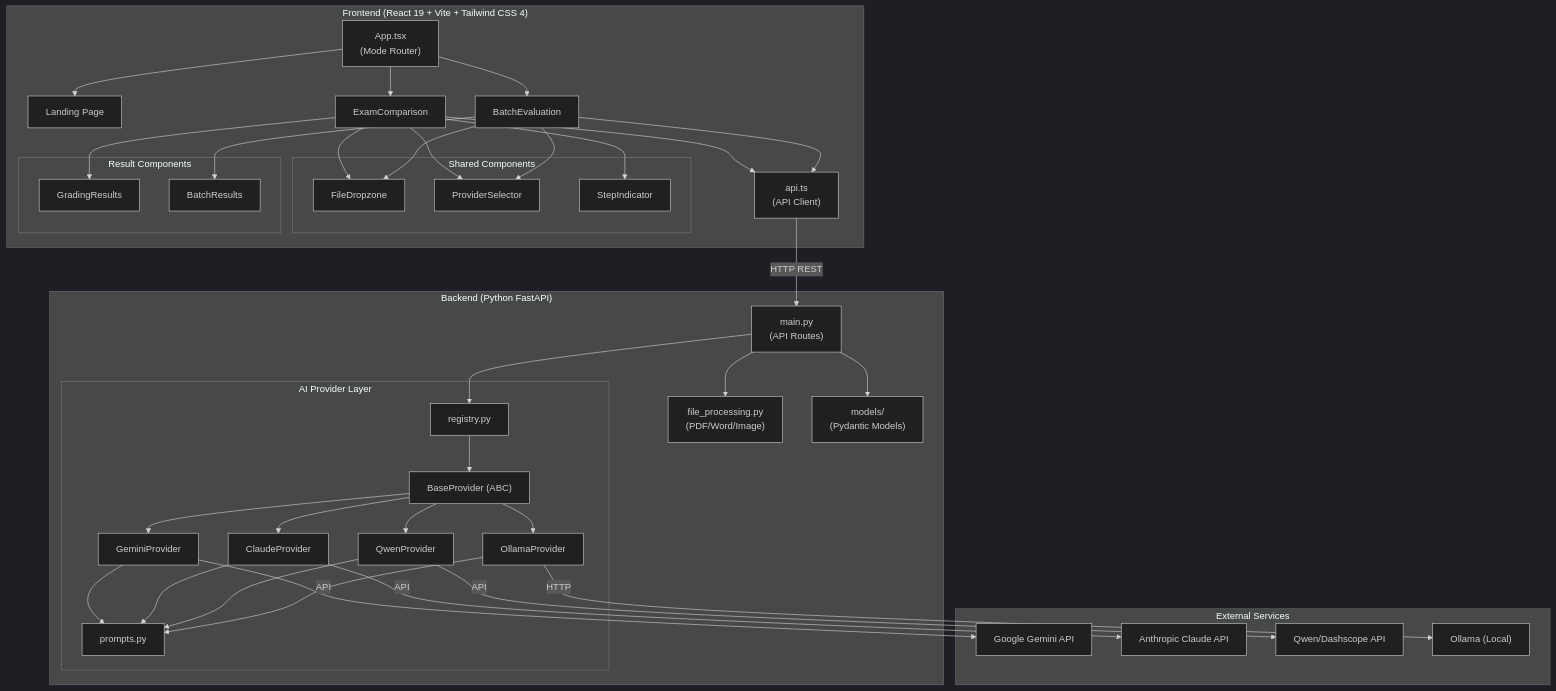
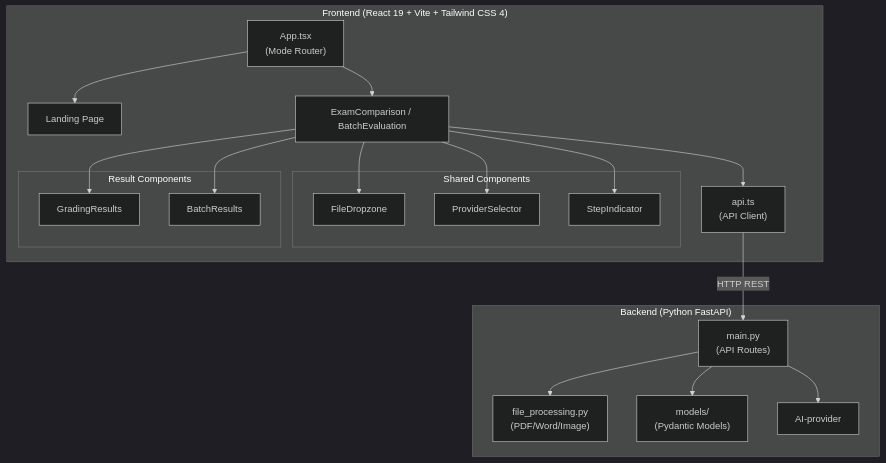
The first of 9 diagrams in docs/ARCHITECTURE.md (franciscosuca/exan), drawn with Mermaid (dark theme) before and after one commit. The commit also changed 1 other file, not shown here.

Commit message:
docs: update architecture diagrams and add authentication service class diagram

````diff
--- a/docs/ARCHITECTURE.md
+++ b/docs/ARCHITECTURE.md
@@ -9,77 +9,42 @@
 ```mermaid
 graph TB
     subgraph Frontend["Frontend (React 19 + Vite + Tailwind CSS 4)"]
         App["App.tsx<br/>(Mode Router)"]
         Landing["Landing Page"]
-        EC["ExamComparison"]
-        BE_UI["BatchEvaluation"]
+        Eval["ExamComparison / BatchEvaluation"]
         
         subgraph SharedComponents["Shared Components"]
             FD["FileDropzone"]
             PS["ProviderSelector"]
             SI["StepIndicator"]
         end
         
         subgraph ResultComponents["Result Components"]
             GR["GradingResults"]
             BR["BatchResults"]
         end
         
         API["api.ts<br/>(API Client)"]
     end
     
     subgraph Backend["Backend (Python FastAPI)"]
         Main["main.py<br/>(API Routes)"]
         FP["file_processing.py<br/>(PDF/Word/Image)"]
         Models["models/<br/>(Pydantic Models)"]
-        
-        subgraph Providers["AI Provider Layer"]
-            Base["BaseProvider (ABC)"]
-            Gemini["GeminiProvider"]
-            Claude["ClaudeProvider"]
-            Qwen["QwenProvider"]
-            Ollama["OllamaProvider"]
-            Registry["registry.py"]
-            Prompts["prompts.py"]
-        end
-    end
-    
-    subgraph External["External Services"]
-        GeminiAPI["Google Gemini API"]
-        ClaudeAPI["Anthropic Claude API"]
-        QwenAPI["Qwen/Dashscope API"]
-        OllamaLocal["Ollama (Local)"]
+        AI["AI-provider"]
     end
 
     App --> Landing
-    App --> EC
-    App --> BE_UI
-    EC --> FD
-    EC --> PS
-    EC --> SI
-    EC --> GR
-    BE_UI --> FD
-    BE_UI --> PS
-    BE_UI --> BR
-    EC --> API
-    BE_UI --> API
+    App --> Eval
+    Eval --> FD
+    Eval --> PS
+    Eval --> SI
+    Eval --> GR
+    Eval --> BR
+    Eval --> API
     
     API -->|HTTP REST| Main
     Main --> FP
     Main --> Models
-    Main --> Registry
-    Registry --> Base
-    Base --> Gemini
-    Base --> Claude
-    Base --> Qwen
-    Base --> Ollama
-    Gemini --> Prompts
-    Claude --> Prompts
-    Qwen --> Prompts
-    Ollama --> Prompts
-    
-    Gemini -->|API| GeminiAPI
-    Claude -->|API| ClaudeAPI
-    Qwen -->|API| QwenAPI
-    Ollama -->|HTTP| OllamaLocal
+    Main --> AI
 ```
````
